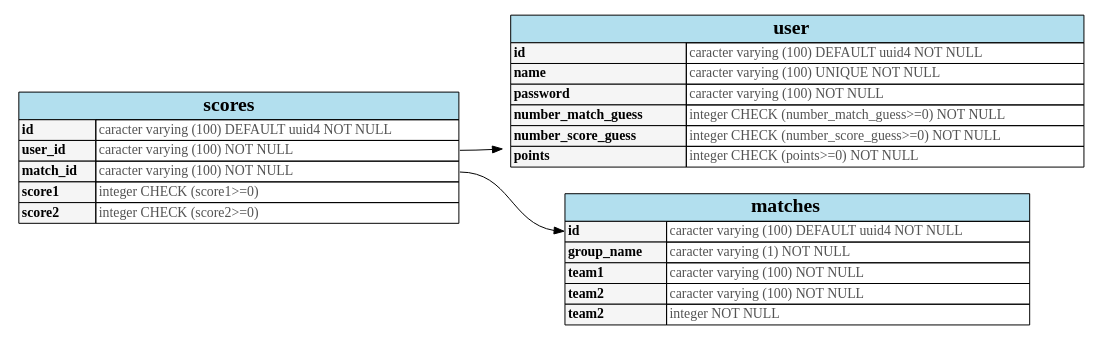
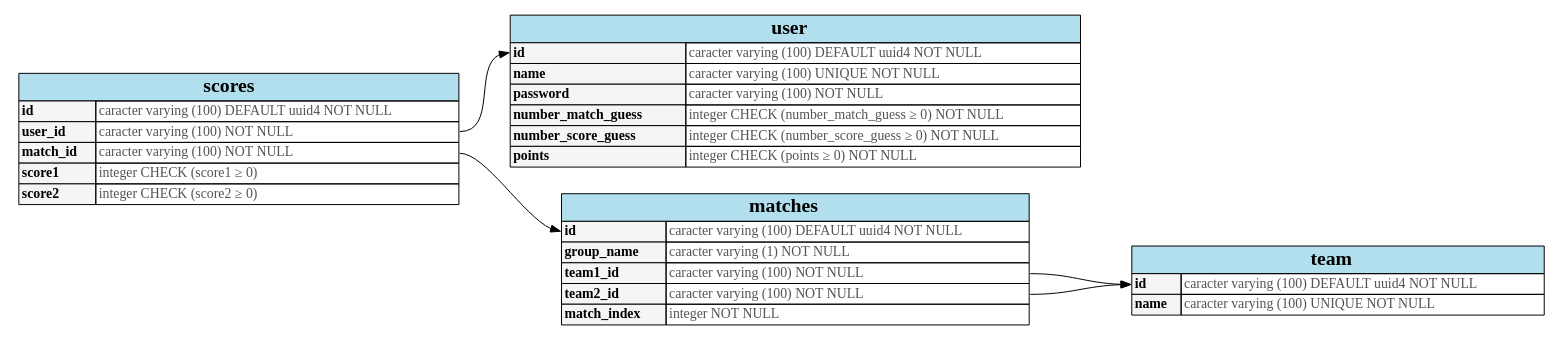
Before and after one commit to yak-toto/yak-server: the diagram in doc/sql_graph.dot, drawn with Graphviz. The commit also changed 6 other files, not shown here.

Commit message:
Add new table for team and correct some sql alchemy issues

```diff
--- a/doc/sql_graph.dot
+++ b/doc/sql_graph.dot
@@ -1,46 +1,59 @@
 digraph G {
     graph[rankdir="LR"];
 
     user[
     shape=none
     label=<
       <table border="0" cellspacing="0" cellborder="1">
         <tr><td bgcolor="lightblue2" colspan="2"><font face="Times-bold" point-size="20">user</font></td></tr>
-        <tr><td bgcolor="grey96" align="left"><font face="Times-bold">id</font></td><td align="left"><font color="#535353">caracter varying (100) DEFAULT uuid4 NOT NULL</font></td></tr>
+        <tr><td bgcolor="grey96" align="left" port="id_left"><font face="Times-bold">id</font></td><td align="left"><font color="#535353">caracter varying (100) DEFAULT uuid4 NOT NULL</font></td></tr>
         <tr><td bgcolor="grey96" align="left"><font face="Times-bold">name</font></td><td align="left"><font color="#535353">caracter varying (100) UNIQUE NOT NULL</font></td></tr>
         <tr><td bgcolor="grey96" align="left"><font face="Times-bold">password</font></td><td align="left"><font color="#535353">caracter varying (100) NOT NULL</font></td></tr>
-        <tr><td bgcolor="grey96" align="left"><font face="Times-bold">number_match_guess</font></td><td align="left"><font color="#535353">integer CHECK (number_match_guess&#62;&#61;0) NOT NULL</font></td></tr>
-        <tr><td bgcolor="grey96" align="left"><font face="Times-bold">number_score_guess</font></td><td align="left"><font color="#535353">integer CHECK (number_score_guess&#62;&#61;0) NOT NULL</font></td></tr>
-        <tr><td bgcolor="grey96" align="left"><font face="Times-bold">points</font></td><td align="left"><font color="#535353">integer CHECK (points&#62;&#61;0) NOT NULL</font></td></tr>
+        <tr><td bgcolor="grey96" align="left"><font face="Times-bold">number_match_guess</font></td><td align="left"><font color="#535353">integer CHECK (number_match_guess &ge; 0) NOT NULL</font></td></tr>
+        <tr><td bgcolor="grey96" align="left"><font face="Times-bold">number_score_guess</font></td><td align="left"><font color="#535353">integer CHECK (number_score_guess &ge; 0) NOT NULL</font></td></tr>
+        <tr><td bgcolor="grey96" align="left"><font face="Times-bold">points</font></td><td align="left"><font color="#535353">integer CHECK (points &ge; 0) NOT NULL</font></td></tr>
       </table>
     >];
 
     matches[
     shape=none
     label=<
       <table border="0" cellspacing="0" cellborder="1">
         <tr><td bgcolor="lightblue2" colspan="2"><font face="Times-bold" point-size="20">matches</font></td></tr>
         <tr><td bgcolor="grey96" align="left" port="id"><font face="Times-bold">id</font></td><td align="left" port="id_right"><font color="#535353">caracter varying (100) DEFAULT uuid4 NOT NULL</font></td></tr>
         <tr><td bgcolor="grey96" align="left" port="group_name"><font face="Times-bold">group_name</font></td><td align="left" port="id_right"><font color="#535353">caracter varying (1) NOT NULL</font></td></tr>
-        <tr><td bgcolor="grey96" align="left" port="team1"><font face="Times-bold">team1</font></td><td align="left" port="team1_right"><font color="#535353">caracter varying (100) NOT NULL</font></td></tr>
-        <tr><td bgcolor="grey96" align="left" port="team2"><font face="Times-bold">team2</font></td><td align="left" port="team2_right"><font color="#535353">caracter varying (100) NOT NULL</font></td></tr>
-        <tr><td bgcolor="grey96" align="left" port="match_index"><font face="Times-bold">team2</font></td><td align="left" port="match_index_right"><font color="#535353">integer NOT NULL</font></td></tr>
+        <tr><td bgcolor="grey96" align="left" port="team1_id"><font face="Times-bold">team1_id</font></td><td align="left" port="team1_id_right"><font color="#535353">caracter varying (100) NOT NULL</font></td></tr>
+        <tr><td bgcolor="grey96" align="left" port="team2_id"><font face="Times-bold">team2_id</font></td><td align="left" port="team2_id_right"><font color="#535353">caracter varying (100) NOT NULL</font></td></tr>
+        <tr><td bgcolor="grey96" align="left" port="match_index"><font face="Times-bold">match_index</font></td><td align="left" port="match_index_right"><font color="#535353">integer NOT NULL</font></td></tr>
       </table>
     >];
 
     scores[
     shape=none
     label=<
       <table border="0" cellspacing="0" cellborder="1">
         <tr><td bgcolor="lightblue2" colspan="2"><font face="Times-bold" point-size="20">scores</font></td></tr>
         <tr><td bgcolor="grey96" align="left" port="id"><font face="Times-bold">id</font></td><td align="left" port="id_right"><font color="#535353">caracter varying (100) DEFAULT uuid4 NOT NULL</font></td></tr>
         <tr><td bgcolor="grey96" align="left" port="user_id"><font face="Times-bold">user_id</font></td><td align="left" port="user_id_right"><font color="#535353">caracter varying (100) NOT NULL</font></td></tr>
         <tr><td bgcolor="grey96" align="left" port="match_id"><font face="Times-bold">match_id</font></td><td align="left" port="match_id_right"><font color="#535353">caracter varying (100) NOT NULL</font></td></tr>
-        <tr><td bgcolor="grey96" align="left" port="score1"><font face="Times-bold">score1</font></td><td align="left" port="score1_right"><font color="#535353">integer CHECK (score1&#62;&#61;0)</font></td></tr>
-        <tr><td bgcolor="grey96" align="left" port="score2"><font face="Times-bold">score2</font></td><td align="left" port="score2_right"><font color="#535353">integer CHECK (score2&#62;&#61;0)</font></td></tr>
+        <tr><td bgcolor="grey96" align="left" port="score1"><font face="Times-bold">score1</font></td><td align="left" port="score1_right"><font color="#535353">integer CHECK (score1 &ge; 0)</font></td></tr>
+        <tr><td bgcolor="grey96" align="left" port="score2"><font face="Times-bold">score2</font></td><td align="left" port="score2_right"><font color="#535353">integer CHECK (score2 &ge; 0)</font></td></tr>
       </table>
     >];
 
-    "scores":user_id_right -> "user":id
+    team[
+      shape=none
+      label=<
+        <table border="0" cellspacing="0" cellborder="1">
+          <tr><td bgcolor="lightblue2" colspan="2"><font face="Times-bold" point-size="20">team</font></td></tr>
+          <tr><td bgcolor="grey96" align="left" port="id"><font face="Times-bold">id</font></td><td align="left" port="id_right"><font color="#535353">caracter varying (100) DEFAULT uuid4 NOT NULL</font></td></tr>
+          <tr><td bgcolor="grey96" align="left" port="team_id"><font face="Times-bold">name</font></td><td align="left" port="user_id_right"><font color="#535353">caracter varying (100) UNIQUE NOT NULL</font></td></tr>
+        </table>
+      >
+    ];
+
+    "scores":user_id_right -> "user":id_left
     "scores":match_id_right -> "matches":id
+    "matches":team1_id_right -> "team":id
+    "matches":team2_id_right -> "team":id
 }
```
